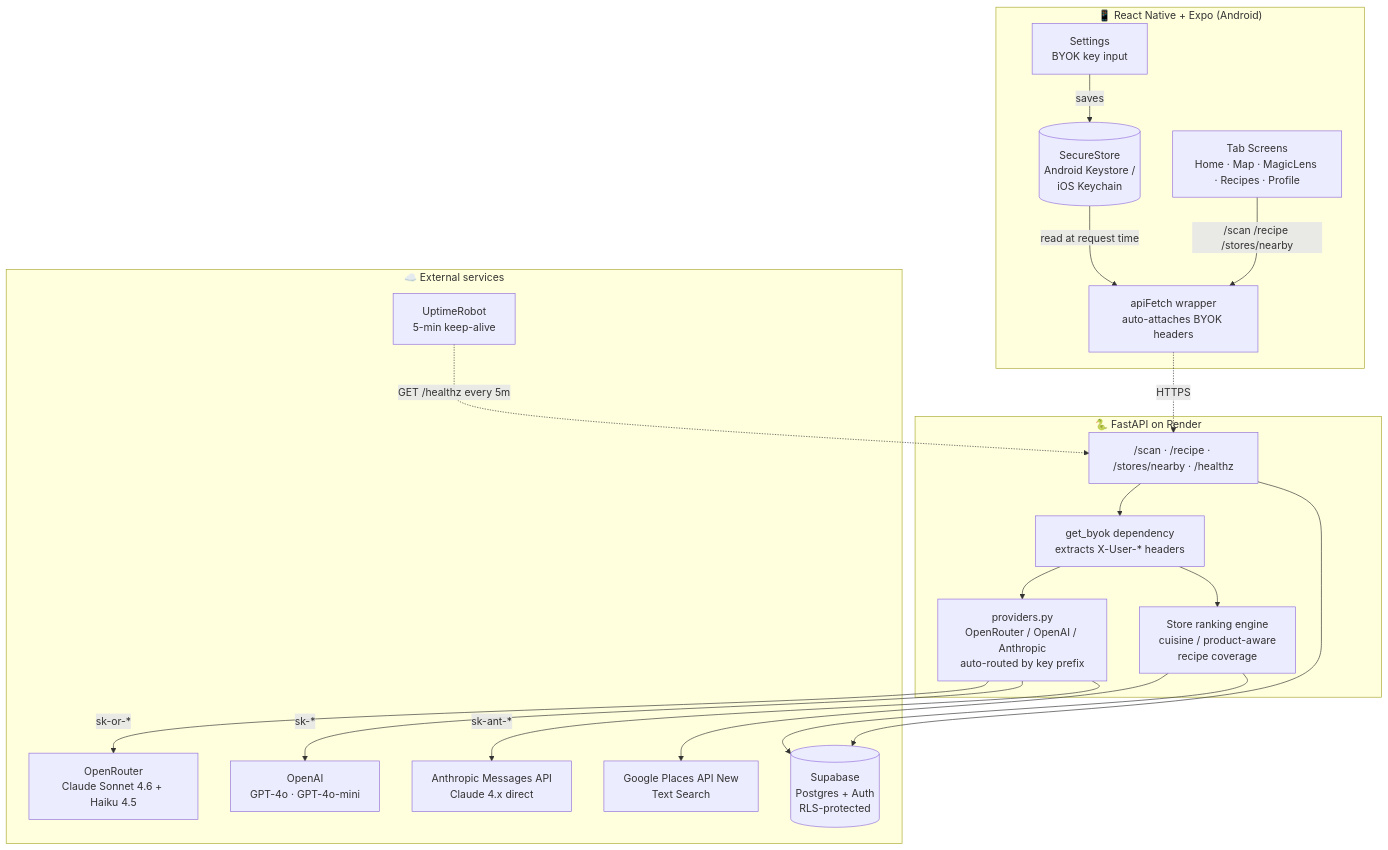
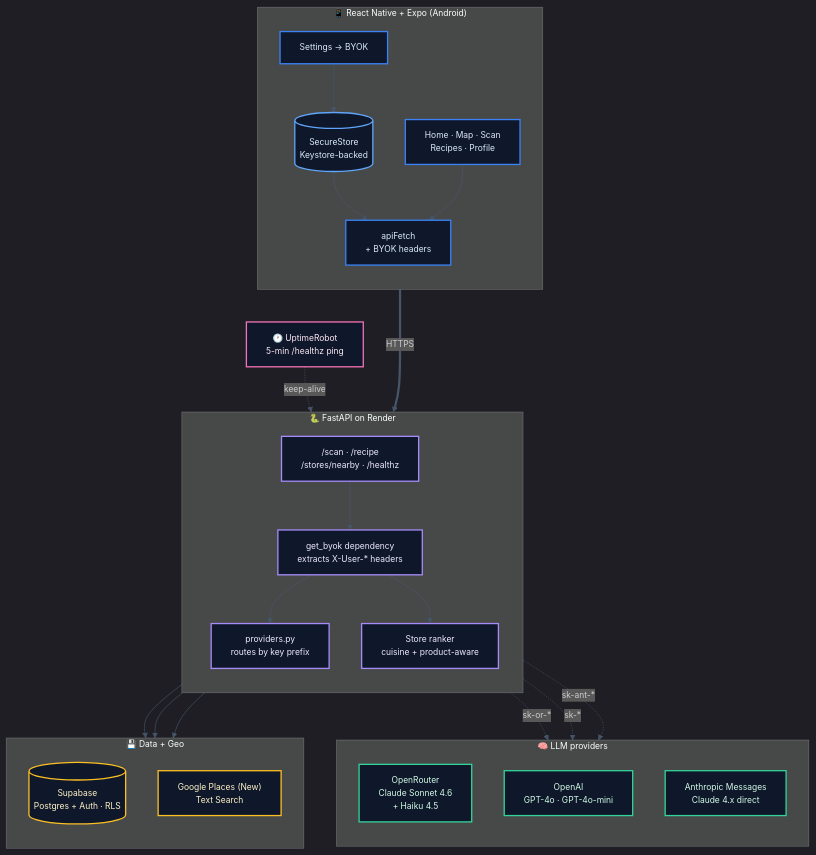
One commit to p-kowadkar/HomeCart changed the first of 5 diagrams in README.md. Above: the diagram before and after it, drawn with Mermaid. The commit also changed other lines of this file, not shown here.

First line of the commit message:
Polish README diagrams: dark theme + color-coded categories

````diff
--- a/README.md
+++ b/README.md
@@ -24,40 +24,56 @@
 ```mermaid
+%%{init: {'theme':'dark', 'themeVariables': {'fontSize':'13px', 'fontFamily':'-apple-system, system-ui, sans-serif', 'lineColor':'#475569'}}}%%
 flowchart TB
-    subgraph Mobile["📱 React Native + Expo (Android)"]
-        UI[Tab Screens<br/>Home · Map · MagicLens · Recipes · Profile]
-        Settings[Settings<br/>BYOK key input]
-        SecureStore[(SecureStore<br/>Android Keystore /<br/>iOS Keychain)]
-        apiFetch[apiFetch wrapper<br/>auto-attaches BYOK headers]
-        Settings -->|saves| SecureStore
-        SecureStore -->|read at request time| apiFetch
-        UI -->|/scan /recipe /stores/nearby| apiFetch
+    subgraph Mobile["&nbsp;📱 React Native + Expo (Android)&nbsp;"]
+        direction TB
+        UI["Home · Map · Scan<br/>Recipes · Profile"]:::mobile
+        Settings["Settings → BYOK"]:::mobile
+        SS[("SecureStore<br/>Keystore-backed")]:::mobileData
+        Api["apiFetch<br/>+ BYOK headers"]:::mobile
+        Settings --> SS
+        SS --> Api
+        UI --> Api
     end
 
-    subgraph Backend["🐍 FastAPI on Render"]
-        Endpoints["/scan · /recipe · /stores/nearby · /healthz"]
-        get_byok[get_byok dependency<br/>extracts X-User-* headers]
-        Providers[providers.py<br/>OpenRouter / OpenAI / Anthropic<br/>auto-routed by key prefix]
-        Ranker[Store ranking engine<br/>cuisine / product-aware<br/>recipe coverage]
-        Endpoints --> get_byok
-        get_byok --> Providers
-        get_byok --> Ranker
+    subgraph Backend["&nbsp;🐍 FastAPI on Render&nbsp;"]
+        direction TB
+        Ep["/scan · /recipe<br/>/stores/nearby · /healthz"]:::backend
+        ByokDep["get_byok dependency<br/>extracts X-User-* headers"]:::backend
+        Prov["providers.py<br/>routes by key prefix"]:::backend
+        Rank["Store ranker<br/>cuisine + product-aware"]:::backend
+        Ep --> ByokDep
+        ByokDep --> Prov
+        ByokDep --> Rank
     end
 
-    subgraph External["☁️ External services"]
-        OpenRouter[OpenRouter<br/>Claude Sonnet 4.6 + Haiku 4.5]
-        OpenAI[OpenAI<br/>GPT-4o · GPT-4o-mini]
-        Anthropic[Anthropic Messages API<br/>Claude 4.x direct]
-        Places[Google Places API New<br/>Text Search]
-        Supabase[(Supabase<br/>Postgres + Auth<br/>RLS-protected)]
-        UptimeRobot[UptimeRobot<br/>5-min keep-alive]
+    subgraph LLMs["&nbsp;🧠 LLM providers&nbsp;"]
+        direction TB
+        OR["OpenRouter<br/>Claude Sonnet 4.6<br/>+ Haiku 4.5"]:::llm
+        OA["OpenAI<br/>GPT-4o · GPT-4o-mini"]:::llm
+        AN["Anthropic Messages<br/>Claude 4.x direct"]:::llm
     end
 
-    apiFetch -.HTTPS.-> Endpoints
-    Providers -->|sk-or-*| OpenRouter
-    Providers -->|sk-*| OpenAI
-    Providers -->|sk-ant-*| Anthropic
-    Ranker --> Places
-    Ranker --> Supabase
-    Endpoints --> Supabase
-    UptimeRobot -.GET /healthz every 5m.-> Endpoints
+    subgraph DataGeo["&nbsp;💾 Data + Geo&nbsp;"]
+        direction TB
+        SB[("Supabase<br/>Postgres + Auth · RLS")]:::data
+        GP["Google Places (New)<br/>Text Search"]:::data
+    end
+
+    Watch["🕐 UptimeRobot<br/>5-min /healthz ping"]:::monitor
+
+    Api ===>|HTTPS| Ep
+    Prov -.->|sk-or-*| OR
+    Prov -.->|sk-*| OA
+    Prov -.->|sk-ant-*| AN
+    Rank --> GP
+    Rank --> SB
+    Ep --> SB
+    Watch -.->|keep-alive| Ep
+
+    classDef mobile fill:#0F172A,stroke:#3B82F6,stroke-width:2px,color:#DBEAFE
+    classDef mobileData fill:#0F172A,stroke:#60A5FA,stroke-width:2px,color:#DBEAFE
+    classDef backend fill:#0F172A,stroke:#A78BFA,stroke-width:2px,color:#EDE9FE
+    classDef llm fill:#0F172A,stroke:#34D399,stroke-width:2px,color:#D1FAE5
+    classDef data fill:#0F172A,stroke:#FBBF24,stroke-width:2px,color:#FEF3C7
+    classDef monitor fill:#0F172A,stroke:#F472B6,stroke-width:2px,color:#FCE7F3
 ```
````
